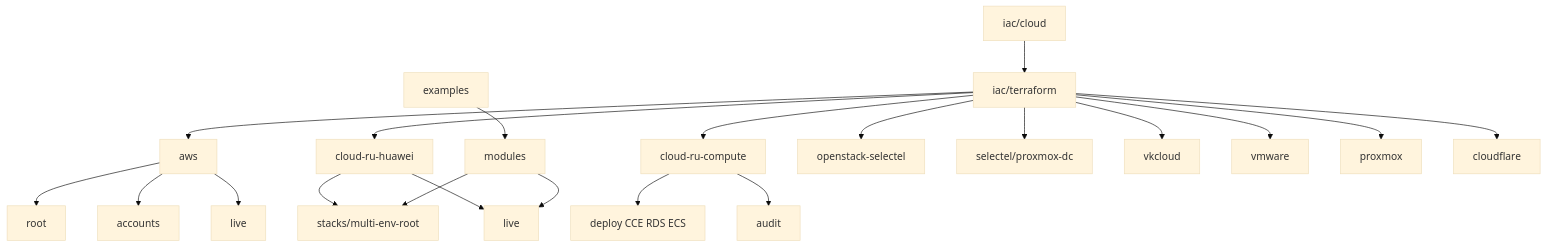
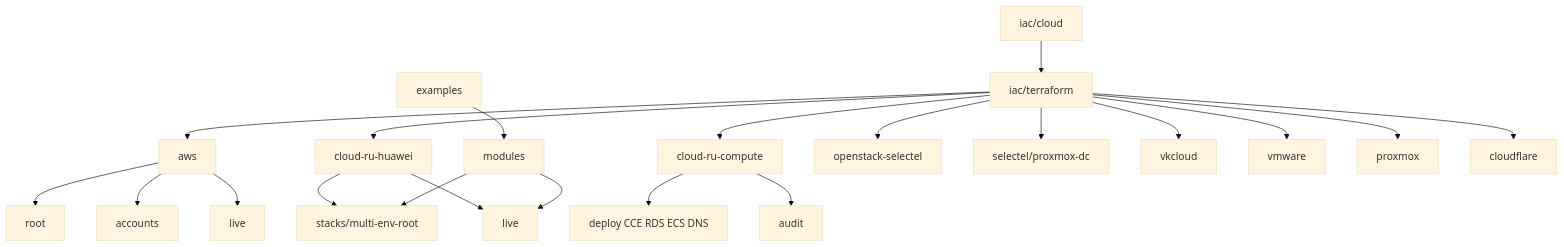
The diagram in iac/terraform/README.md (NarberallGamma/narberall-platform-engineer-lab), drawn with Mermaid (base theme) before and after one commit. The commit also changed other lines of this file and 10 other files, not shown here.

````diff
--- a/iac/terraform/README.md
+++ b/iac/terraform/README.md
@@ -44,23 +44,23 @@
 ```mermaid
 flowchart TB
   Cloud[iac/cloud] --> TF[iac/terraform]
   TF --> AWS[aws]
   AWS --> AWSroot[root]
   AWS --> AWSacc[accounts]
   AWS --> AWSlive[live]
   TF --> CR[cloud-ru-huawei]
   CR --> CRstack[stacks/multi-env-root]
   CR --> CRlive[live]
   Mods[modules] --> CRstack
   Mods --> CRlive
   TF --> CRC[cloud-ru-compute]
-  CRC --> CRCdep[deploy CCE RDS ECS]
+  CRC --> CRCdep[deploy CCE RDS ECS DNS]
   CRC --> CRCaud[audit]
   TF --> OS[openstack-selectel]
   TF --> SEL[selectel/proxmox-dc]
   TF --> VK[vkcloud]
   TF --> VMw[vmware]
   TF --> PX[proxmox]
   TF --> CF[cloudflare]
   Ex[examples] --> Mods
 ```
````
